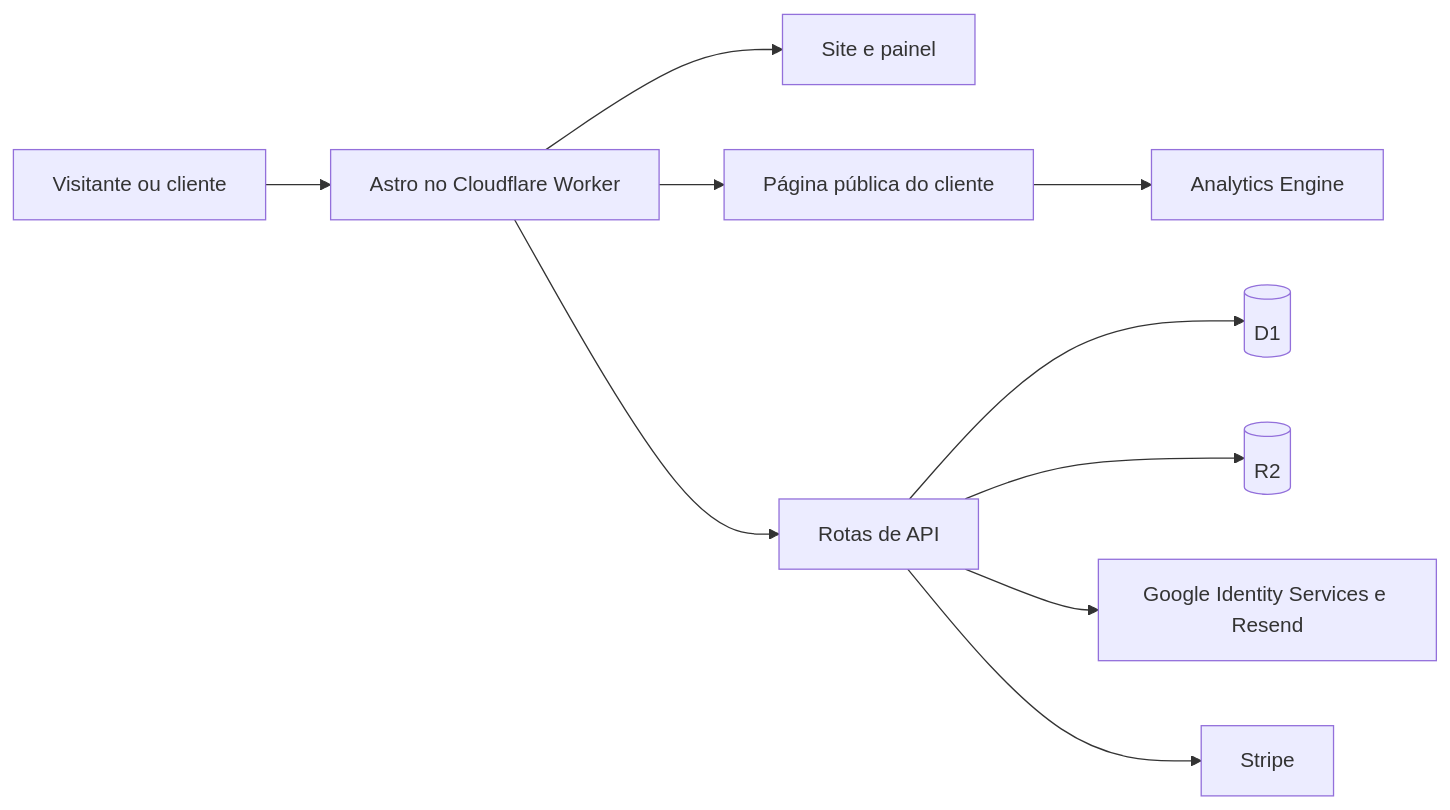
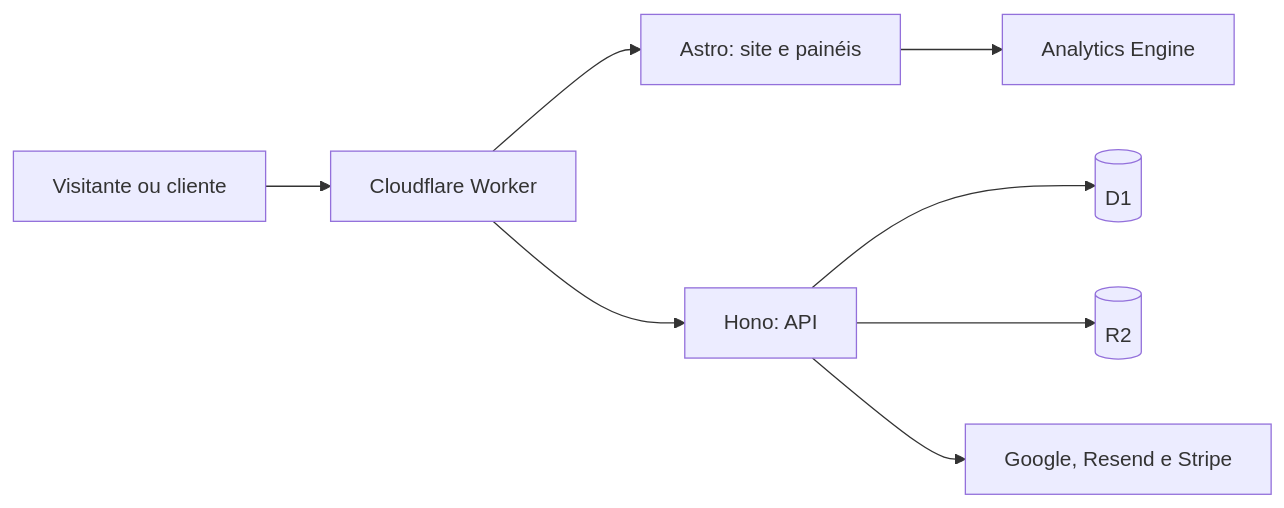
The diagram in README.md (Typistar-TI/vira), drawn with Mermaid before and after one commit. The commit also changed other lines of this file and 46 other files, not shown here.

````diff
--- a/README.md
+++ b/README.md
@@ -34,12 +35,10 @@
 ```mermaid
 flowchart LR
-    A[Visitante ou cliente] --> B[Astro no Cloudflare Worker]
-    B --> C[Site e painel]
-    B --> D[Página pública do cliente]
-    B --> E[Rotas de API]
-    E --> F[(D1)]
-    E --> G[(R2)]
-    E --> H[Google Identity Services e Resend]
-    E --> I[Stripe]
-    D --> J[Analytics Engine]
+    A[Visitante ou cliente] --> B[Cloudflare Worker]
+    B --> C[Astro: site e painéis]
+    B --> D[Hono: API]
+    D --> E[(D1)]
+    D --> F[(R2)]
+    D --> G[Google, Resend e Stripe]
+    C --> H[Analytics Engine]
 ```
````
